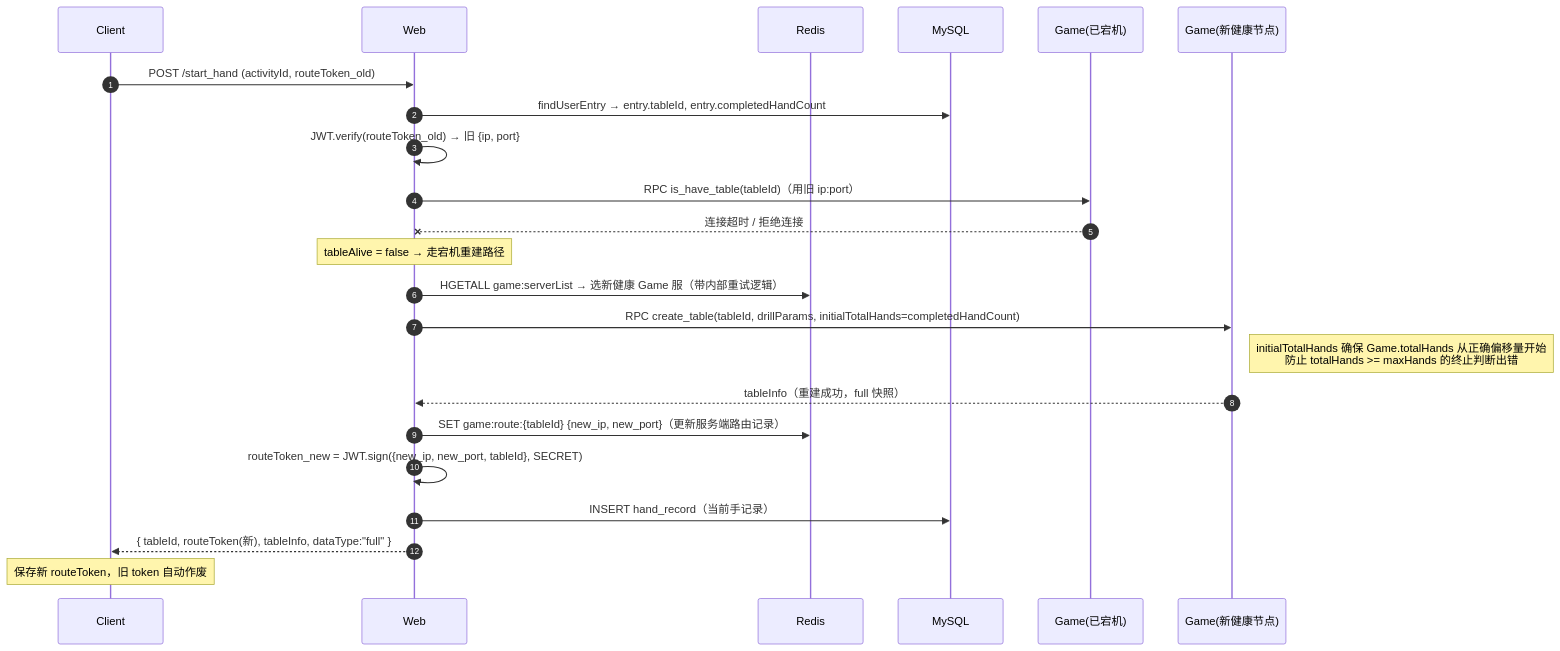
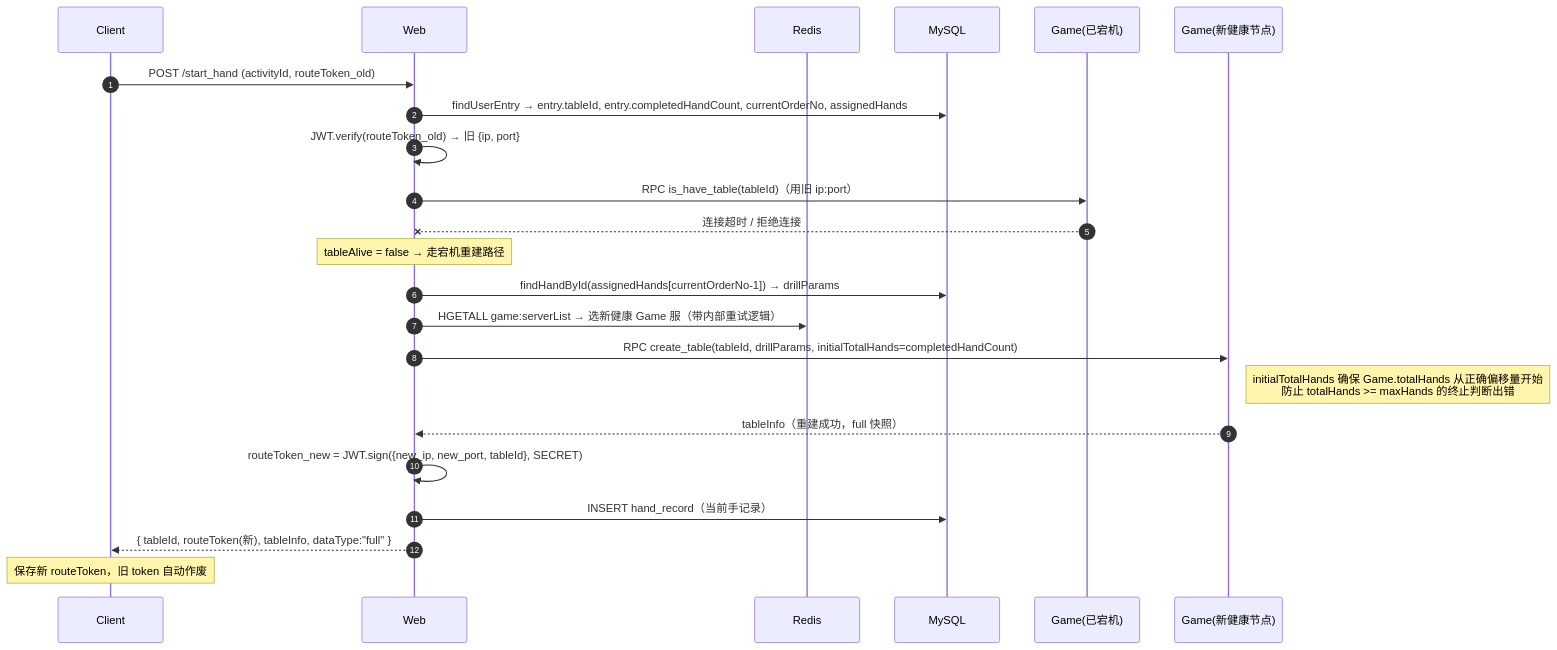
Diagram 12 of 13 in docs/poker/10-tableId路由game调整.md (zdl20251023-pixel/agent-frame), drawn with Mermaid before and after one commit. The commit also changed other lines of this file, not shown here.

Commit message:
tableId路由调整

````diff
--- a/docs/poker/10-tableId路由game调整.md
+++ b/docs/poker/10-tableId路由game调整.md
@@ -458,29 +478,29 @@
 ```mermaid
 sequenceDiagram
     autonumber
     participant Client
     participant Web
     participant Redis
     participant MySQL
     participant OldGame as Game(已宕机)
     participant NewGame as Game(新健康节点)
 
     Client->>Web: POST /start_hand (activityId, routeToken_old)
-    Web->>MySQL: findUserEntry → entry.tableId, entry.completedHandCount
+    Web->>MySQL: findUserEntry → entry.tableId, entry.completedHandCount, currentOrderNo, assignedHands
     Web->>Web: JWT.verify(routeToken_old) → 旧 {ip, port}
 
     Web->>OldGame: RPC is_have_table(tableId)（用旧 ip:port）
     OldGame--xWeb: 连接超时 / 拒绝连接
     Note over Web: tableAlive = false → 走宕机重建路径
 
+    Web->>MySQL: findHandById(assignedHands[currentOrderNo-1]) → drillParams
     Web->>Redis: HGETALL game:serverList → 选新健康 Game 服（带内部重试逻辑）
     Web->>NewGame: RPC create_table(tableId, drillParams, initialTotalHands=completedHandCount)
     Note right of NewGame: initialTotalHands 确保 Game.totalHands 从正确偏移量开始<br/>防止 totalHands >= maxHands 的终止判断出错
     NewGame-->>Web: tableInfo（重建成功，full 快照）
 
-    Web->>Redis: SET game:route:{tableId} {new_ip, new_port}（更新服务端路由记录）
     Web->>Web: routeToken_new = JWT.sign({new_ip, new_port, tableId}, SECRET)
     Web->>MySQL: INSERT hand_record（当前手记录）
     Web-->>Client: { tableId, routeToken(新), tableInfo, dataType:"full" }
     Note over Client: 保存新 routeToken，旧 token 自动作废
 ```
````
